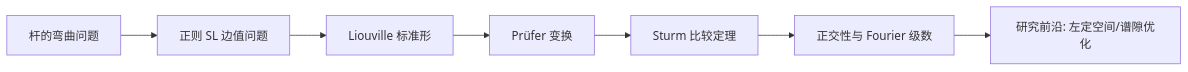
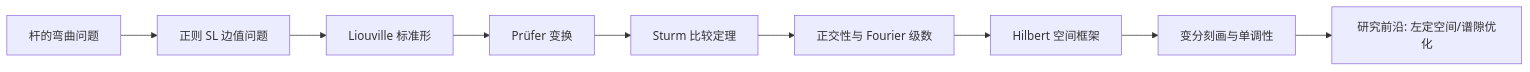
Before and after one commit to xsoc1/math-notes: the diagram in SL谱理论/讲义/00_SL谱理论讲义总览.md, drawn with Mermaid. The commit also changed other lines of this file and 11 other files, not shown here.

````diff
--- a/SL谱理论/讲义/00_SL谱理论讲义总览.md
+++ b/SL谱理论/讲义/00_SL谱理论讲义总览.md
@@ -24,9 +25,11 @@
 ```mermaid
 graph LR
     A[杆的弯曲问题] --> B[正则 SL 边值问题]
     B --> C[Liouville 标准形]
     C --> D[Prüfer 变换]
     D --> E[Sturm 比较定理]
     E --> F[正交性与 Fourier 级数]
-    F --> G[研究前沿: 左定空间/谱隙优化]
+    F --> G[Hilbert 空间框架]
+    G --> H[变分刻画与单调性]
+    H --> I[研究前沿: 左定空间/谱隙优化]
 ```
````
